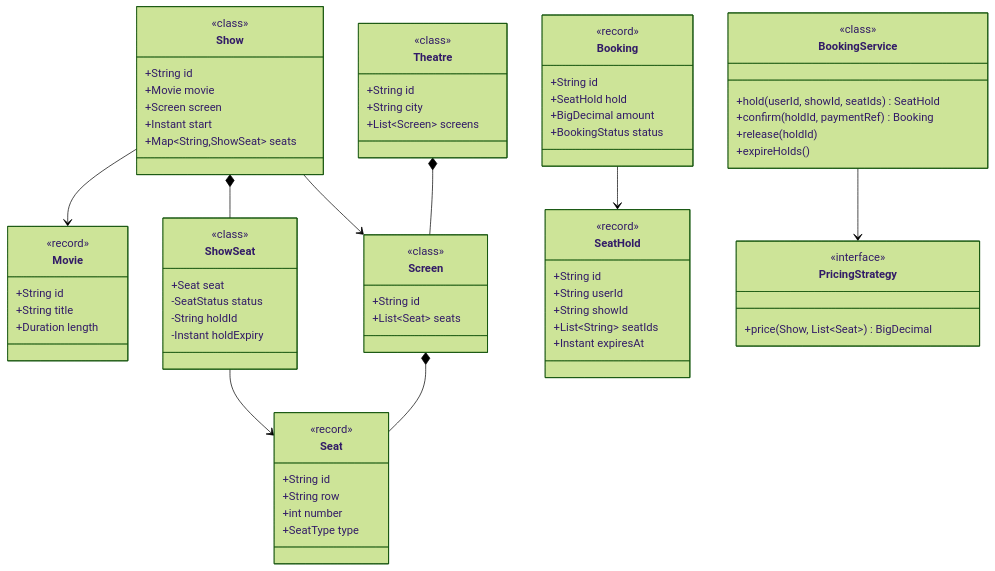
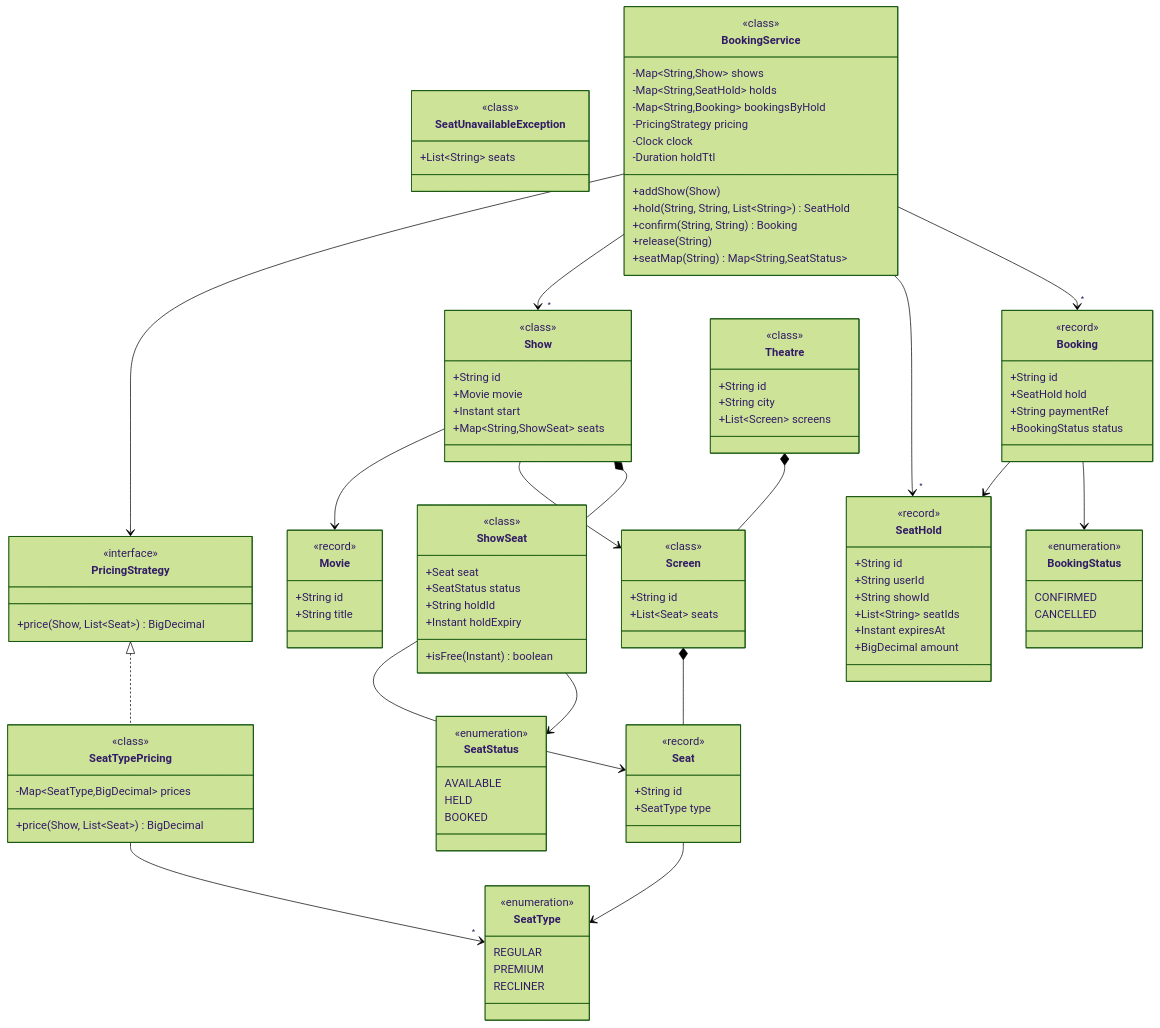
The first of 2 diagrams in system-design/lld/25-movie-ticket-booking.md (amarkum/amarkumar.guru), drawn with Mermaid (forest theme) before and after one commit. The commit also changed 27 other files, not shown here.

Commit message:
Rebuild every UML class diagram from its Java code, add a notes progress tracker, and make diagrams readable with zoom and a legend.

````diff
--- a/system-design/lld/25-movie-ticket-booking.md
+++ b/system-design/lld/25-movie-ticket-booking.md
@@ -38,60 +38,100 @@
 ```mermaid
 classDiagram
+    class SeatType {
+      <<enumeration>>
+      REGULAR
+      PREMIUM
+      RECLINER
+    }
+    class SeatStatus {
+      <<enumeration>>
+      AVAILABLE
+      HELD
+      BOOKED
+    }
+    class BookingStatus {
+      <<enumeration>>
+      CONFIRMED
+      CANCELLED
+    }
     class Movie {
+      <<record>>
       +String id
       +String title
-      +Duration length
-    }
-    class Theatre {
-      +String id
-      +String city
-      +List~Screen~ screens
-    }
-    class Screen {
-      +String id
-      +List~Seat~ seats
     }
     class Seat {
+      <<record>>
       +String id
-      +String row
-      +int number
       +SeatType type
     }
+    class ShowSeat {
+      <<class>>
+      +Seat seat
+      +SeatStatus status
+      +String holdId
+      +Instant holdExpiry
+      +isFree(Instant) boolean
+    }
     class Show {
+      <<class>>
       +String id
       +Movie movie
-      +Screen screen
       +Instant start
       +Map~String,ShowSeat~ seats
     }
-    class ShowSeat {
-      +Seat seat
-      -SeatStatus status
-      -String holdId
-      -Instant holdExpiry
-    }
     class SeatHold {
+      <<record>>
       +String id
       +String userId
       +String showId
       +List~String~ seatIds
       +Instant expiresAt
+      +BigDecimal amount
     }
     class Booking {
+      <<record>>
       +String id
       +SeatHold hold
-      +BigDecimal amount
+      +String paymentRef
       +BookingStatus status
     }
     class PricingStrategy {
       <<interface>>
       +price(Show, List~Seat~) BigDecimal
     }
+    class SeatTypePricing {
+      <<class>>
+      -Map~SeatType,BigDecimal~ prices
+      +price(Show, List~Seat~) BigDecimal
+    }
+    class SeatUnavailableException {
+      <<class>>
+      +List~String~ seats
+    }
     class BookingService {
-      +hold(userId, showId, seatIds) SeatHold
-      +confirm(holdId, paymentRef) Booking
-      +release(holdId)
-      +expireHolds()
+      <<class>>
+      -Map~String,Show~ shows
+      -Map~String,SeatHold~ holds
+      -Map~String,Booking~ bookingsByHold
+      -PricingStrategy pricing
+      -Clock clock
+      -Duration holdTtl
+      +addShow(Show)
+      +hold(String, String, List~String~) SeatHold
+      +confirm(String, String) Booking
+      +release(String)
+      +seatMap(String) Map~String,SeatStatus~
+    }
+    class Screen {
+      <<class>>
+      +String id
+      +List~Seat~ seats
+    }
+    class Theatre {
+      <<class>>
+      +String id
+      +String city
+      +List~Screen~ screens
     }
     Theatre *-- Screen
     Screen *-- Seat
@@ -101,34 +141,12 @@
     ShowSeat --> Seat
     Booking --> SeatHold
     BookingService --> PricingStrategy
-    class Theatre {
-      <<class>>
-    }
-    class Screen {
-      <<class>>
-    }
-    class Show {
-      <<class>>
-    }
-    class ShowSeat {
-      <<class>>
-    }
-    class Seat {
-      <<record>>
-    }
-    class Booking {
-      <<record>>
-    }
-    class SeatHold {
-      <<record>>
-    }
-    class Movie {
-      <<record>>
-    }
-    class BookingService {
-      <<class>>
-    }
-    class PricingStrategy {
-      <<interface>>
-    }
+    PricingStrategy <|.. SeatTypePricing
+    Seat --> SeatType
+    ShowSeat --> SeatStatus
+    Booking --> BookingStatus
+    SeatTypePricing --> "*" SeatType
+    BookingService --> "*" Show
+    BookingService --> "*" SeatHold
+    BookingService --> "*" Booking
 ```
````
